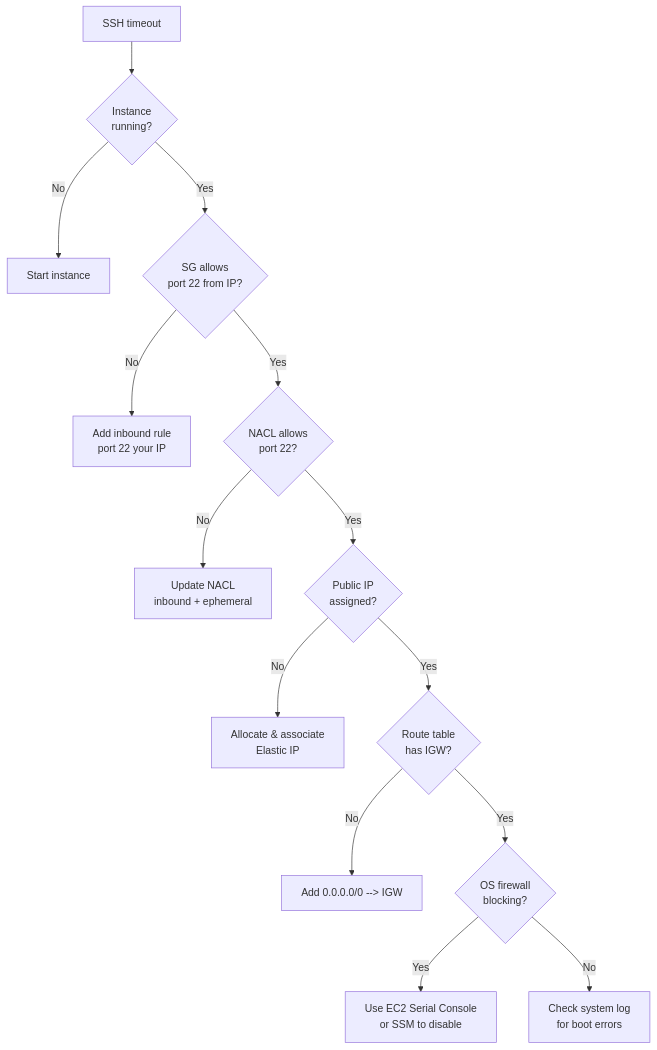
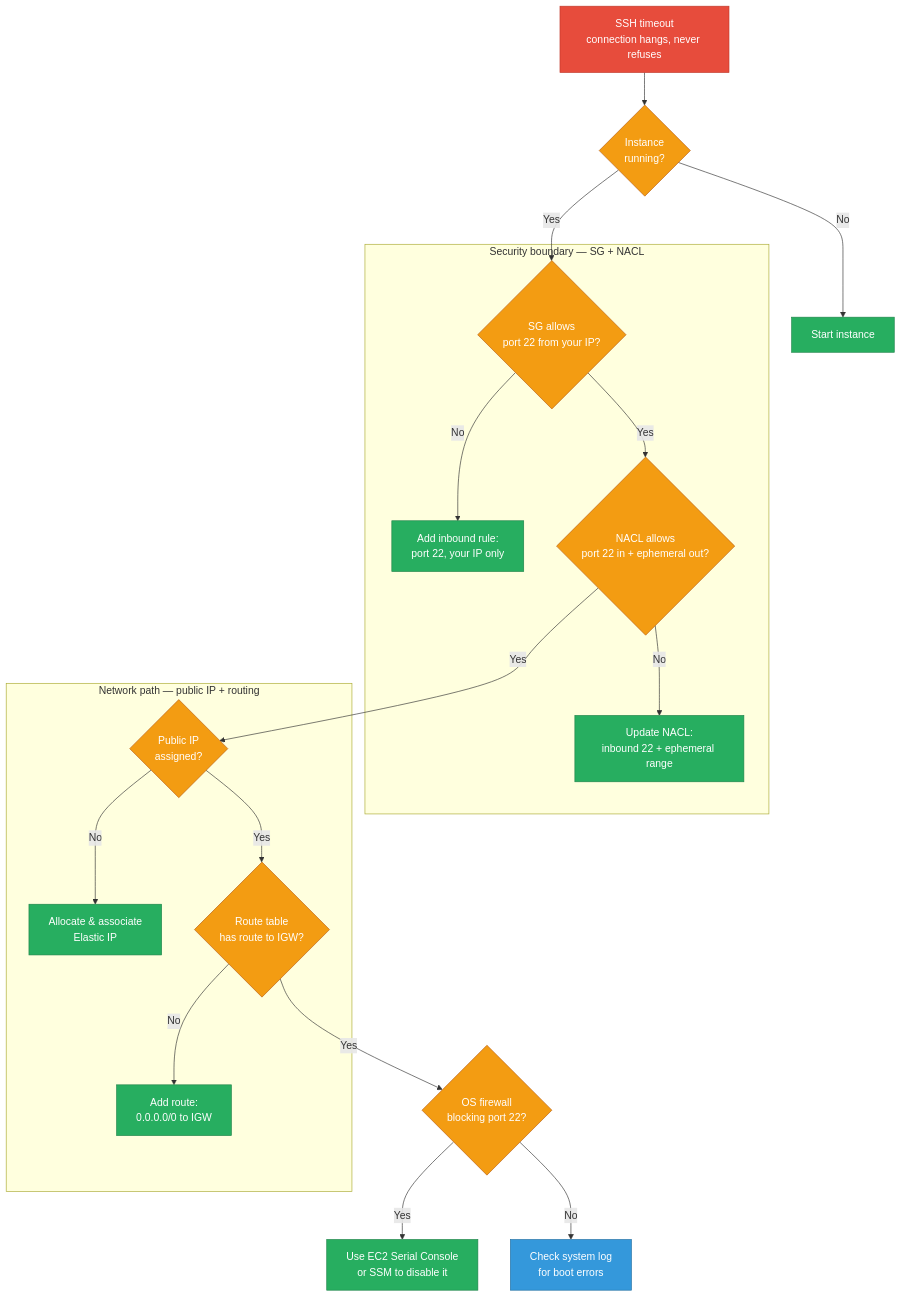
Before and after one commit to deepanshu-rawat6/DevOpsIndex: the first of 10 diagrams in sre/aws-scenarios.md, drawn with Mermaid. The commit also changed other lines of this file and 10 other files, not shown here.

````diff
--- a/sre/aws-scenarios.md
+++ b/sre/aws-scenarios.md
@@ -7,16 +14,31 @@
 ```mermaid
 flowchart TD
-    A[SSH timeout] --> B{Instance<br/>running?}
-    B -- No --> B1[Start instance]
-    B -- Yes --> C{SG allows<br/>port 22 from IP?}
-    C -- No --> C1[Add inbound rule<br/>port 22 your IP]
-    C -- Yes --> D{NACL allows<br/>port 22?}
-    D -- No --> D1[Update NACL<br/>inbound + ephemeral]
-    D -- Yes --> E{Public IP<br/>assigned?}
-    E -- No --> E1[Allocate & associate<br/>Elastic IP]
-    E -- Yes --> F{Route table<br/>has IGW?}
-    F -- No --> F1[Add 0.0.0.0/0 --> IGW]
-    F -- Yes --> G{OS firewall<br/>blocking?}
-    G -- Yes --> G1[Use EC2 Serial Console<br/>or SSM to disable]
-    G -- No --> H[Check system log<br/>for boot errors]
+    classDef err fill:#e74c3c,stroke:#c0392b,color:#fff
+    classDef decision fill:#f39c12,stroke:#ba6018,color:#fff
+    classDef fix fill:#27ae60,stroke:#1e8449,color:#fff
+    classDef verify fill:#3498db,stroke:#2471a3,color:#fff
+
+    A[SSH timeout<br/>connection hangs, never refuses]:::err --> B{Instance<br/>running?}:::decision
+    B -- No --> B1[Start instance]:::fix
+    B -- Yes --> C
+
+    subgraph SEC["Security boundary — SG + NACL"]
+        C{SG allows<br/>port 22 from your IP?}:::decision
+        C -- No --> C1[Add inbound rule:<br/>port 22, your IP only]:::fix
+        C -- Yes --> D{NACL allows<br/>port 22 in + ephemeral out?}:::decision
+        D -- No --> D1[Update NACL:<br/>inbound 22 + ephemeral range]:::fix
+    end
+
+    D -- Yes --> E
+
+    subgraph NET["Network path — public IP + routing"]
+        E{Public IP<br/>assigned?}:::decision
+        E -- No --> E1[Allocate & associate<br/>Elastic IP]:::fix
+        E -- Yes --> F{Route table<br/>has route to IGW?}:::decision
+        F -- No --> F1[Add route:<br/>0.0.0.0/0 to IGW]:::fix
+    end
+
+    F -- Yes --> G{OS firewall<br/>blocking port 22?}:::decision
+    G -- Yes --> G1[Use EC2 Serial Console<br/>or SSM to disable it]:::fix
+    G -- No --> H[Check system log<br/>for boot errors]:::verify
 ```
````
